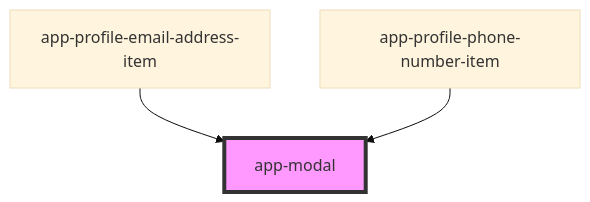
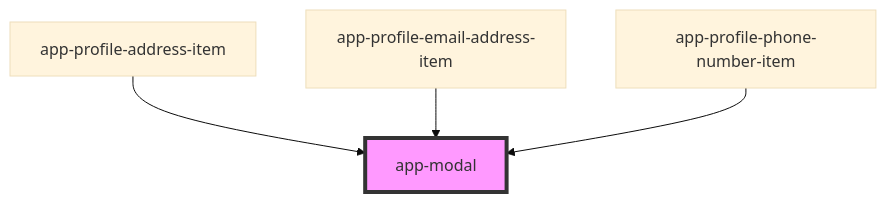
The diagram in iconeventnetwork-web/src/components/app-modal/readme.md (lokheed/IconEventNetwork.Web), drawn with Mermaid (base theme) before and after one commit. The commit also changed other lines of this file and 21 other files, not shown here.

````diff
--- a/iconeventnetwork-web/src/components/app-modal/readme.md
+++ b/iconeventnetwork-web/src/components/app-modal/readme.md
@@ -34,6 +35,7 @@
 ```mermaid
 graph TD;
+  app-profile-address-item --> app-modal
   app-profile-email-address-item --> app-modal
   app-profile-phone-number-item --> app-modal
   style app-modal fill:#f9f,stroke:#333,stroke-width:4px
 ```
````
